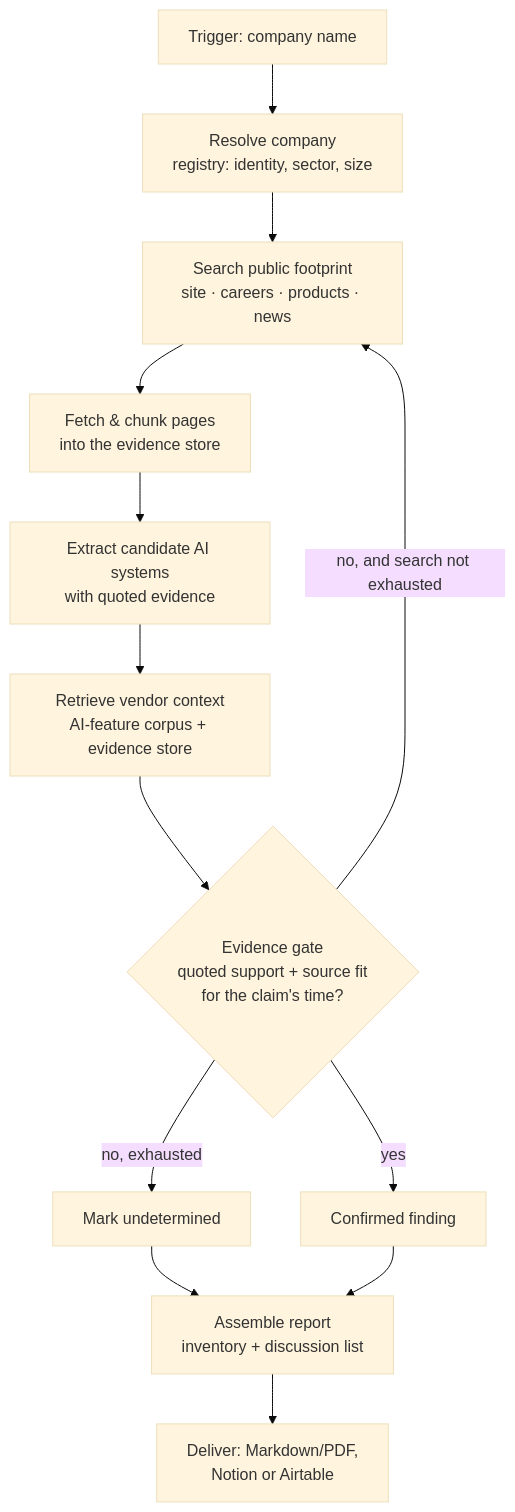
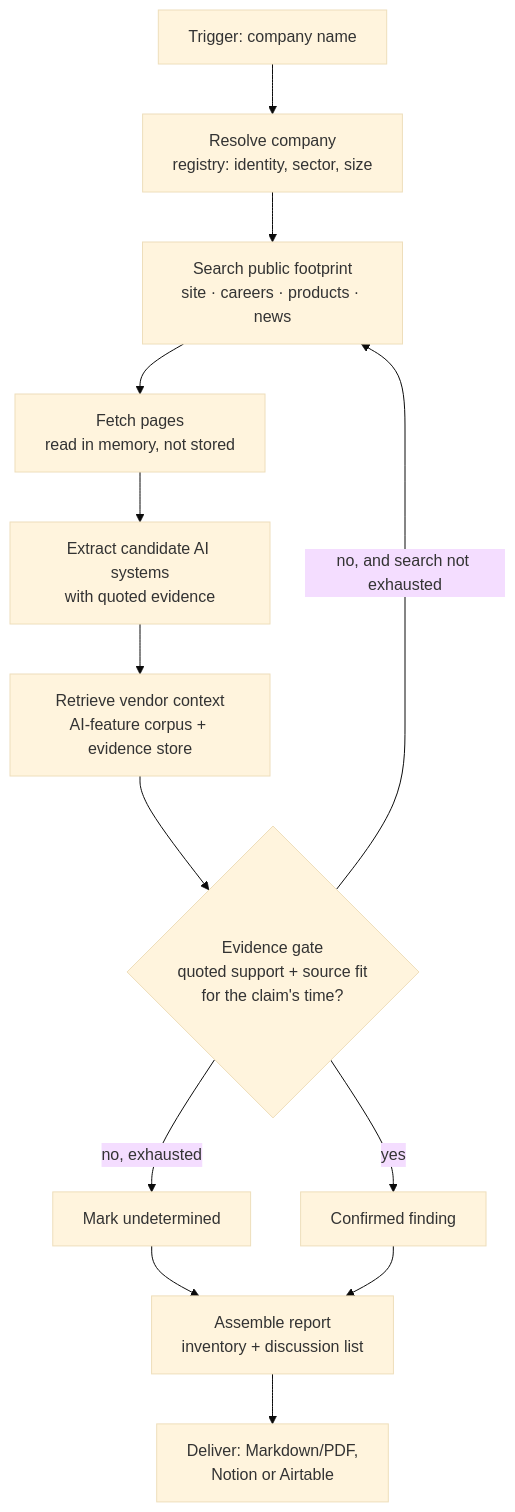
The diagram in docs/architecture.md (nyelugo/PROJECT-AI-Pre-Scan), drawn with Mermaid (base theme) before and after one commit. The commit also changed other lines of this file and 6 other files, not shown here.

First line of the commit message:
Store validated evidence passages instead of whole pages, and give the store a deletion path

````diff
--- a/docs/architecture.md
+++ b/docs/architecture.md
@@ -10,15 +10,15 @@
 ```mermaid
 flowchart TD
     A[Trigger: company name] --> B[Resolve company<br/>registry: identity, sector, size]
     B --> C[Search public footprint<br/>site · careers · products · news]
-    C --> D[Fetch & chunk pages<br/>into the evidence store]
+    C --> D[Fetch pages<br/>read in memory, not stored]
     D --> E[Extract candidate AI systems<br/>with quoted evidence]
     E --> F[Retrieve vendor context<br/>AI-feature corpus + evidence store]
     F --> G{Evidence gate<br/>quoted support + source fit<br/>for the claim's time?}
     G -- no, and search not exhausted --> C
     G -- no, exhausted --> H[Mark undetermined]
     G -- yes --> I[Confirmed finding]
     H --> J[Assemble report<br/>inventory + discussion list]
     I --> J
     J --> K[Deliver: Markdown/PDF,<br/>Notion or Airtable]
 ```
````
